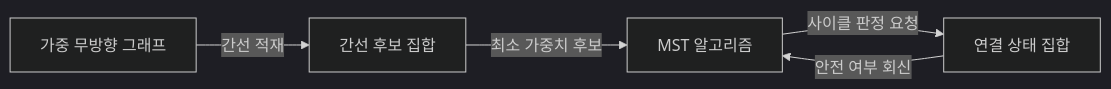
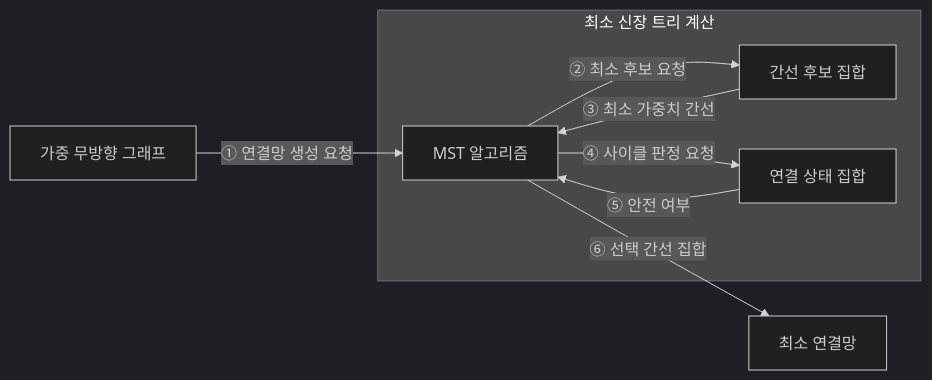
The diagram in src/content/docs/notes/01-basic-theory/012_minimum_spanning_tree.md (agnusdei1207/knowledge-base), drawn with Mermaid (dark theme) before and after one commit. The commit also changed other lines of this file and 6 other files, not shown here.

````diff
--- a/src/content/docs/notes/01-basic-theory/012_minimum_spanning_tree.md
+++ b/src/content/docs/notes/01-basic-theory/012_minimum_spanning_tree.md
@@ -63,7 +62,11 @@
 ```mermaid
 flowchart LR
-    G[가중 무방향 그래프] -->|간선 적재| Q[간선 후보 집합]
-    Q -->|최소 가중치 후보| A[MST 알고리즘]
-    A -->|사이클 판정 요청| S[연결 상태 집합]
-    S -->|안전 여부 회신| A
+    G[가중 무방향 그래프] -->|① 연결망 생성 요청| A
+    subgraph M[최소 신장 트리 계산]
+        A[MST 알고리즘] -->|② 최소 후보 요청| Q[간선 후보 집합]
+        Q -->|③ 최소 가중치 간선| A
+        A -->|④ 사이클 판정 요청| S[연결 상태 집합]
+        S -->|⑤ 안전 여부| A
+    end
+    A -->|⑥ 선택 간선 집합| O[최소 연결망]
 ```
````
